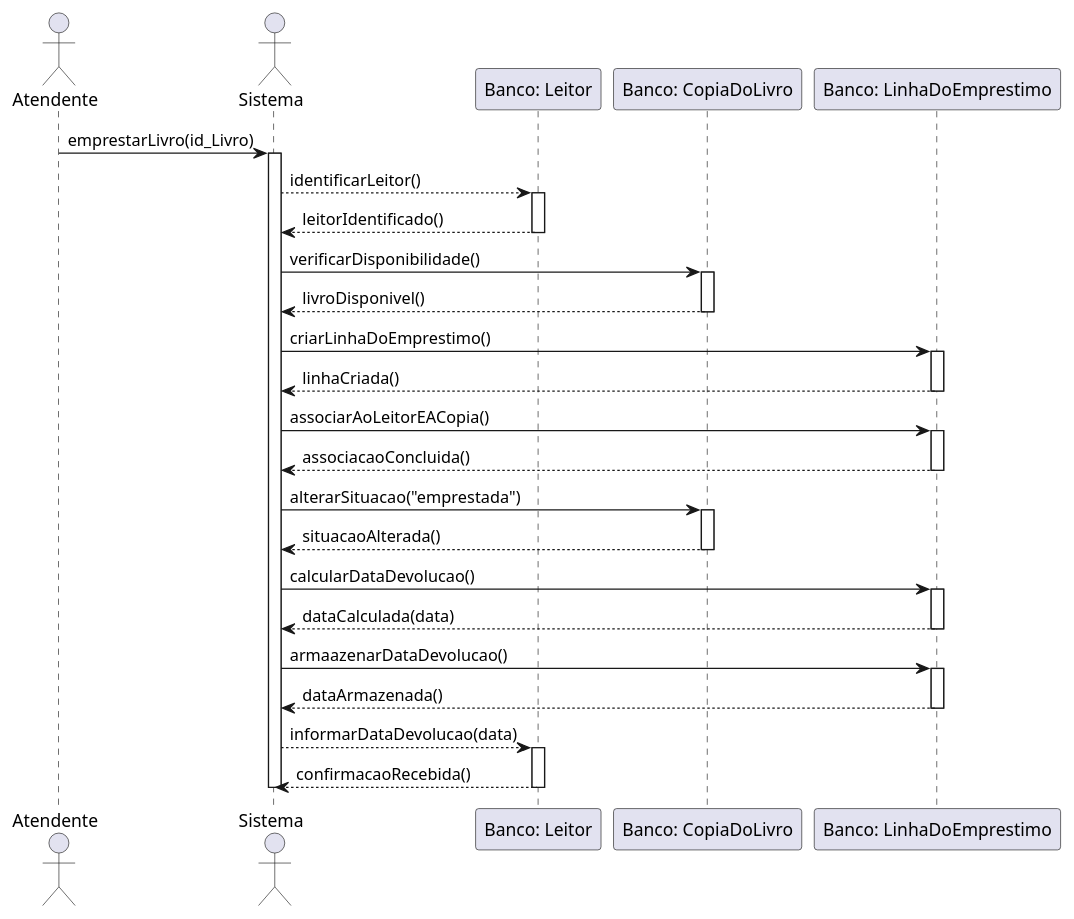
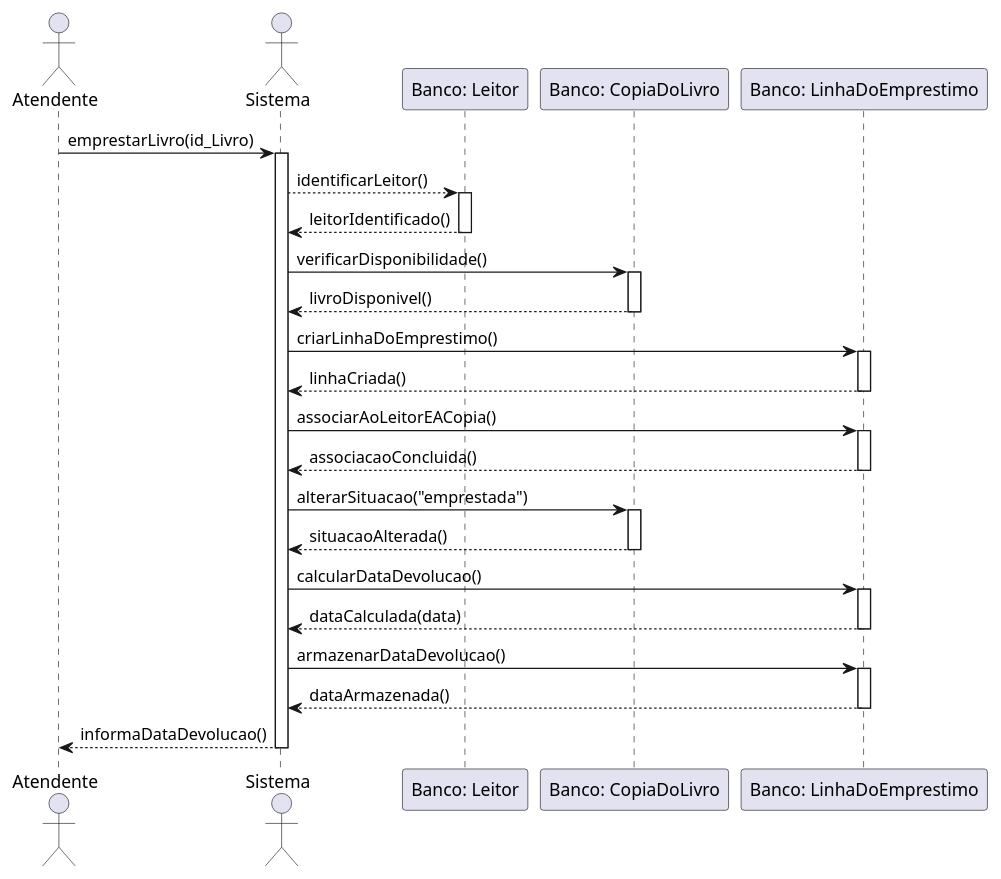
Before and after one commit to brunobmello25/projeto-de-software-individual: the diagram in emprestar-livro.puml, drawn with PlantUML. The commit also changed 2 other files, not shown here.

```diff
--- a/emprestar-livro.puml
+++ b/emprestar-livro.puml
@@ -1,54 +1,50 @@
 @startuml
 
 actor "Atendente" as A
 actor "Sistema" as S
 participant "Banco: Leitor" as L
 participant "Banco: CopiaDoLivro" as C
 participant "Banco: LinhaDoEmprestimo" as LE
 
 A -> S : emprestarLivro(id_Livro)
 activate S
 
 S --> L : identificarLeitor()
 activate L
 L --> S : leitorIdentificado()
 deactivate L
 
 S -> C : verificarDisponibilidade()
 activate C
 C --> S : livroDisponivel()
 deactivate C
 
 S -> LE : criarLinhaDoEmprestimo()
 activate LE
 LE --> S : linhaCriada()
 deactivate LE
 
 S -> LE : associarAoLeitorEACopia()
 activate LE
 LE --> S : associacaoConcluida()
 deactivate LE
 
 S -> C : alterarSituacao("emprestada")
 activate C
 C --> S : situacaoAlterada()
 deactivate C
 
 S -> LE : calcularDataDevolucao()
 activate LE
 LE --> S : dataCalculada(data)
 deactivate LE
 
-S -> LE : armaazenarDataDevolucao()
+S -> LE : armazenarDataDevolucao()
 activate LE
 LE --> S : dataArmazenada()
 deactivate LE
 
-S --> L : informarDataDevolucao(data)
-activate L
-L --> S : confirmacaoRecebida()
-deactivate L
-
+S --> A : informaDataDevolucao()
 deactivate S
 
 @enduml
```
